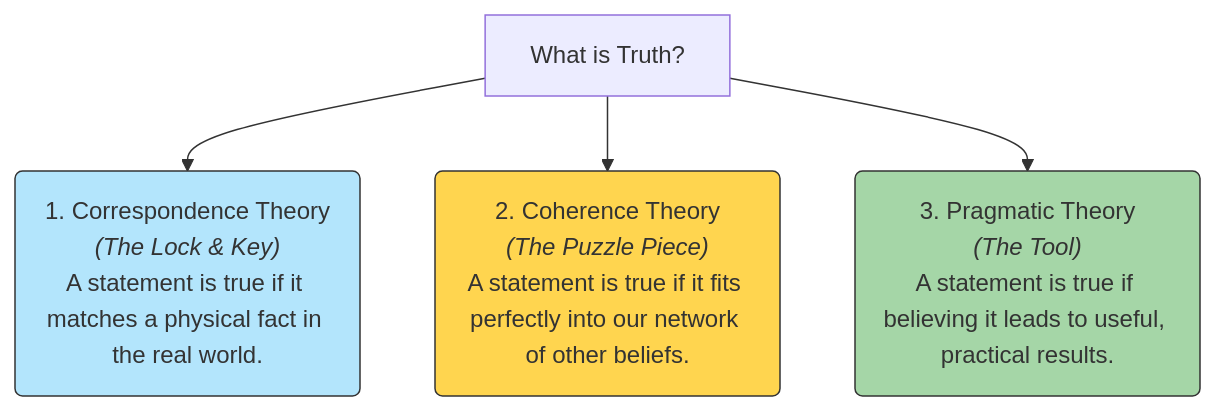
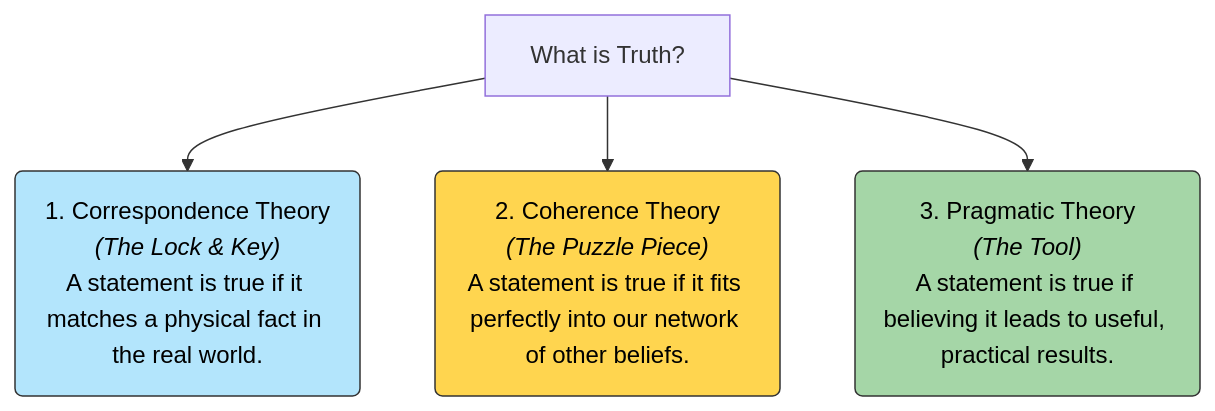
The diagram in humanities-finance-society/Philosophy/Truth101.md (AtlasRoX/everything101), drawn with Mermaid before and after one commit. The commit also changed 27 other files, not shown here.

````diff
--- a/humanities-finance-society/Philosophy/Truth101.md
+++ b/humanities-finance-society/Philosophy/Truth101.md
@@ -20,10 +20,10 @@
 ```mermaid
 graph TD
     Truth[What is Truth?] --> Corr("1. Correspondence Theory<br><i>(The Lock & Key)</i><br>A statement is true if it matches a physical fact in the real world.")
     Truth --> Coh("2. Coherence Theory<br><i>(The Puzzle Piece)</i><br>A statement is true if it fits perfectly into our network of other beliefs.")
     Truth --> Prag("3. Pragmatic Theory<br><i>(The Tool)</i><br>A statement is true if believing it leads to useful, practical results.")
     
-    style Corr fill:#b3e5fc,stroke:#333
-    style Coh fill:#ffd54f,stroke:#333
-    style Prag fill:#a5d6a7,stroke:#333
+    style Corr fill:#b3e5fc,stroke:#333,color:#000
+    style Coh fill:#ffd54f,stroke:#333,color:#000
+    style Prag fill:#a5d6a7,stroke:#333,color:#000
 ```
````
